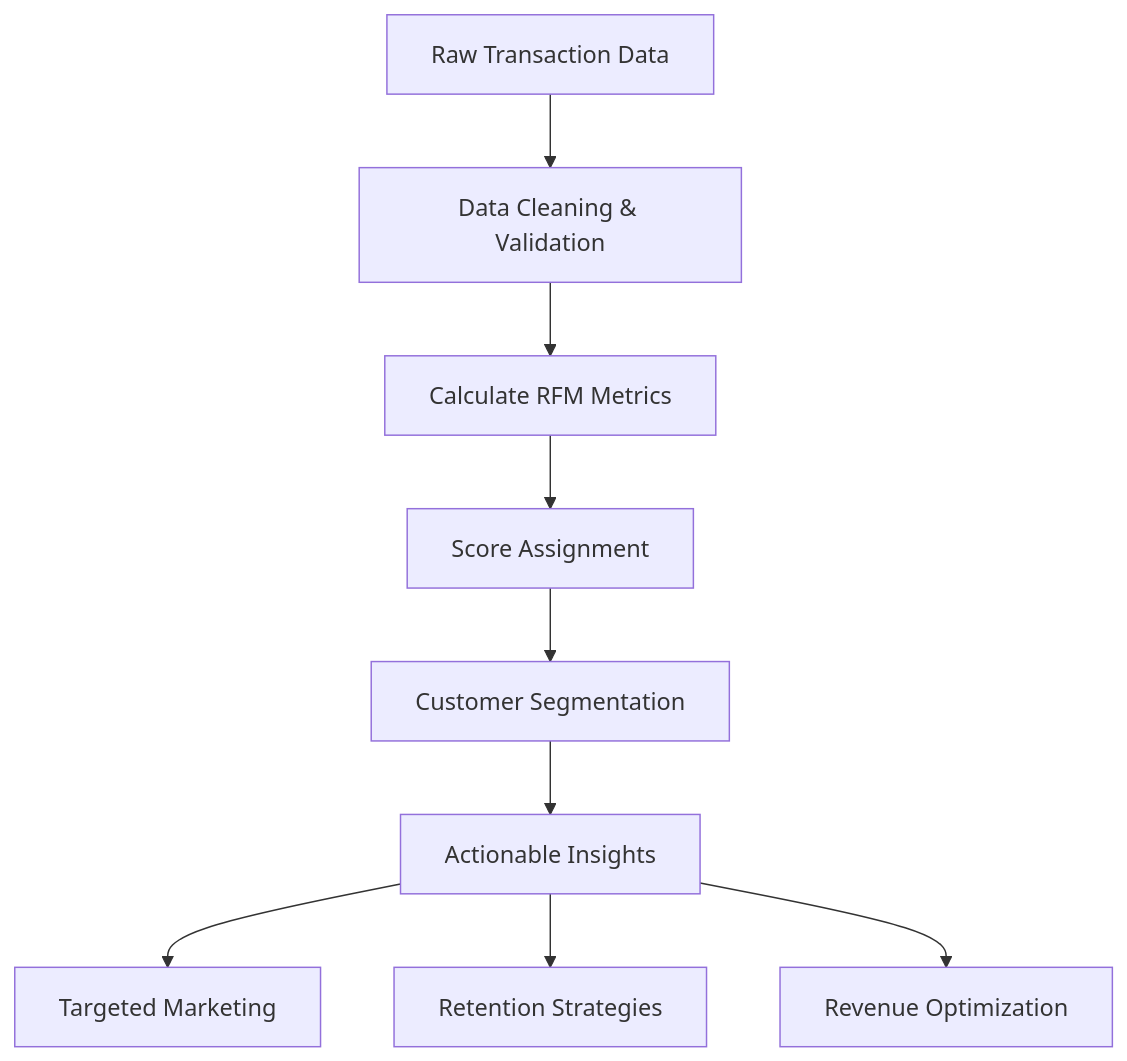
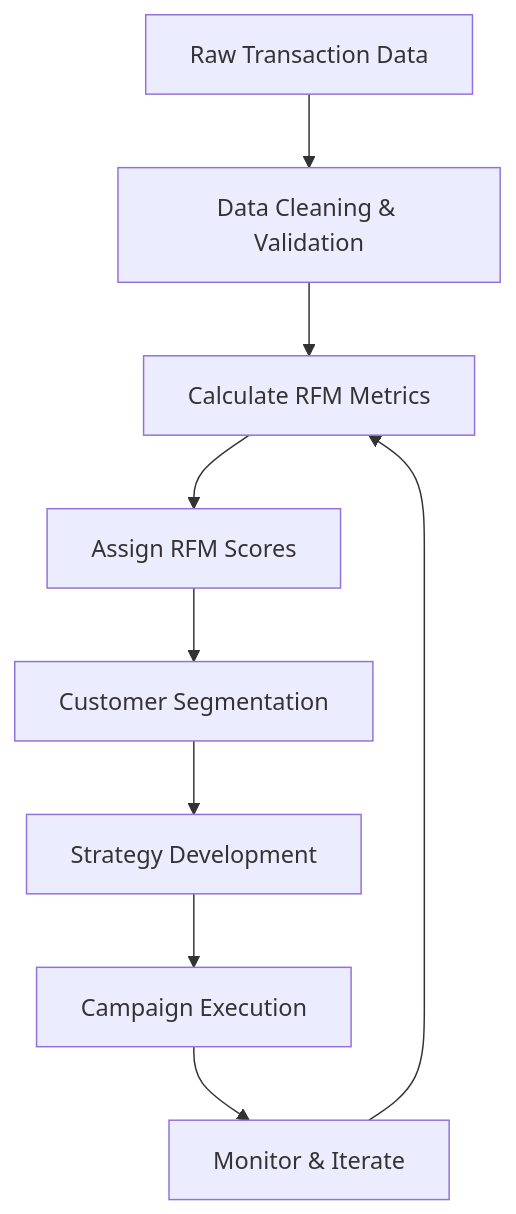
The diagram in README.md (sandyb8860/RFM-Analysis-Customer-Segmentation-for-Business-Growth), drawn with Mermaid before and after one commit. The commit also changed other lines of this file, not shown here.

First line of the commit message:
Add actionable tips for At Risk customer segment.

````diff
--- a/README.md
+++ b/README.md
@@ -70,11 +86,11 @@
 ```mermaid
 graph TD
     A[Raw Transaction Data] --> B[Data Cleaning & Validation]
     B --> C[Calculate RFM Metrics]
-    C --> D[Score Assignment]
+    C --> D[Assign RFM Scores]
     D --> E[Customer Segmentation]
-    E --> F[Actionable Insights]
-    F --> G[Targeted Marketing]
-    F --> H[Retention Strategies]
-    F --> I[Revenue Optimization]
+    E --> F[Strategy Development]
+    F --> G[Campaign Execution]
+    G --> H[Monitor & Iterate]
+    H --> C
 ```
````
